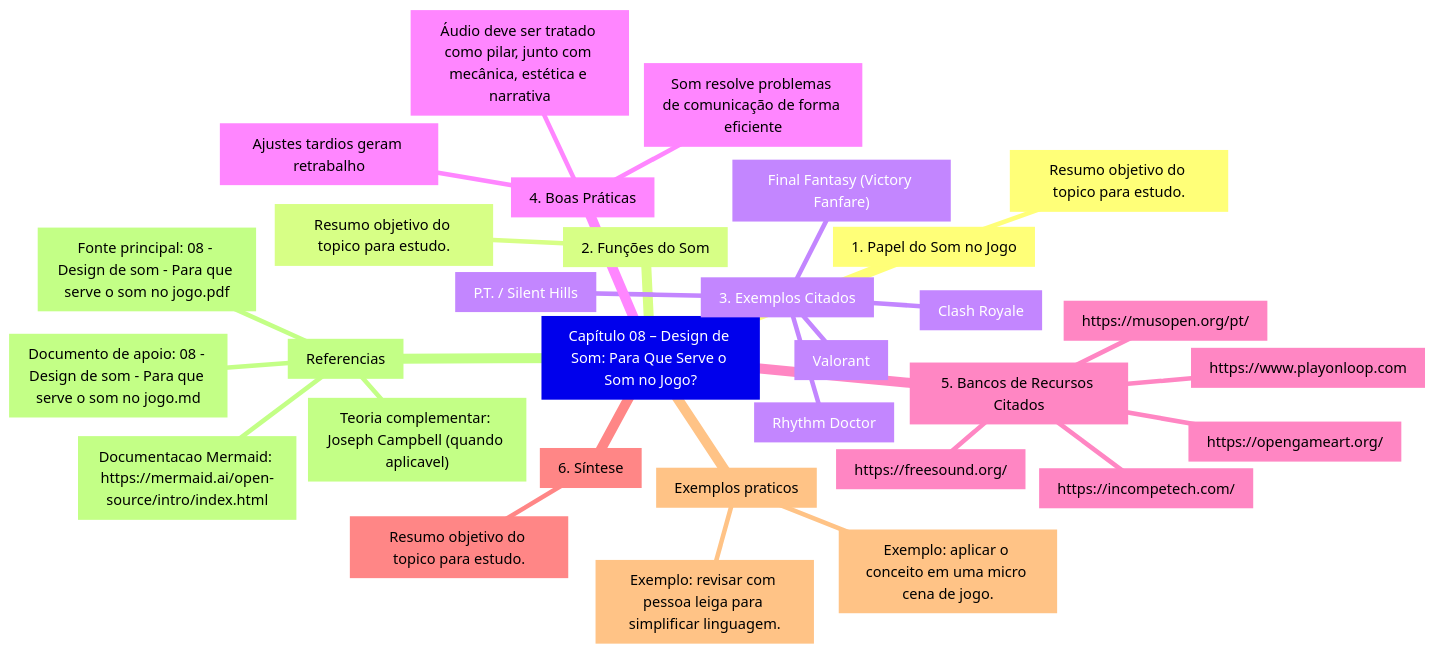
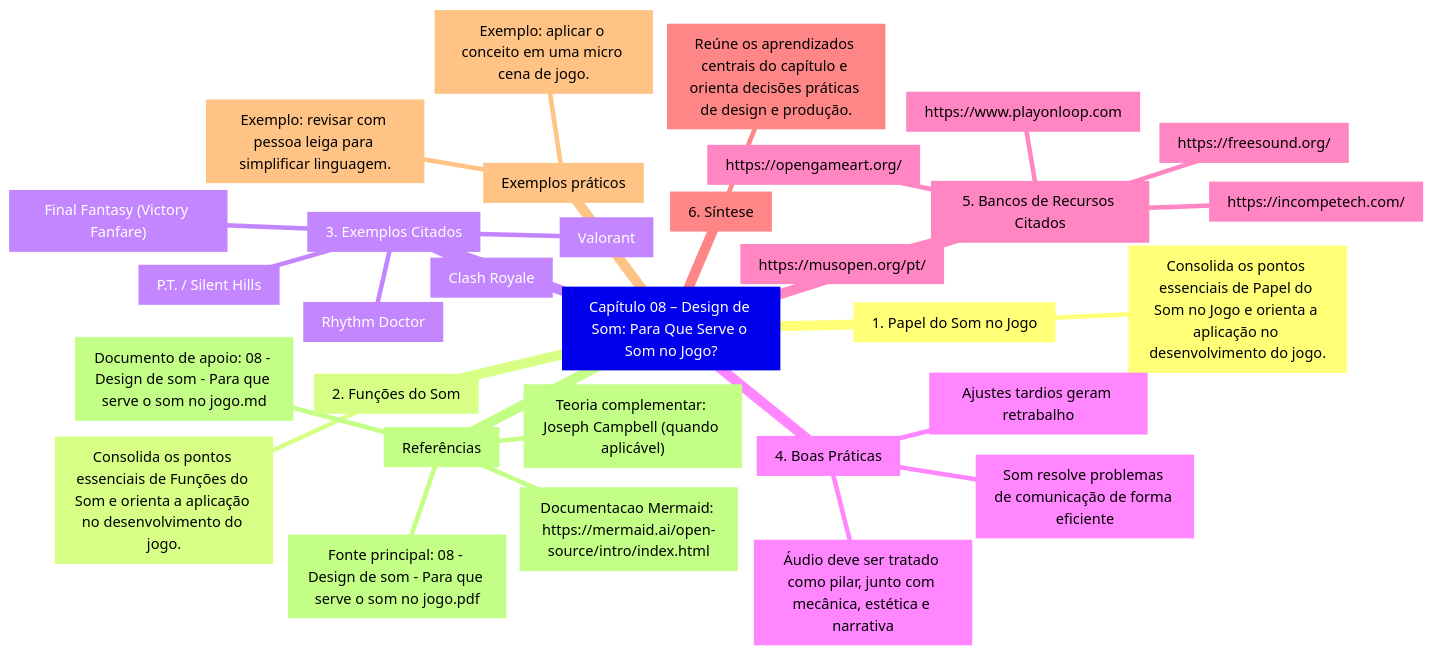
One commit to HillGnur/gdv-estudos changed the diagram in FASE02/08 - Design de som - Para que serve o som no jogo.mmd. Above: the diagram before and after it, drawn with Mermaid. The commit also changed other lines of this file and 25 other files, not shown here.

```diff
--- a/FASE02/08 - Design de som - Para que serve o som no jogo.mmd
+++ b/FASE02/08 - Design de som - Para que serve o som no jogo.mmd
@@ -1,32 +1,32 @@
 mindmap
   root["Capítulo 08 – Design de Som: Para Que Serve o Som no Jogo?"]
     s1["1. Papel do Som no Jogo"]
-      s1_1["Resumo objetivo do topico para estudo."]
+      s1_1["Consolida os pontos essenciais de Papel do Som no Jogo e orienta a aplicação no desenvolvimento do jogo."]
     s2["2. Funções do Som"]
-      s2_1["Resumo objetivo do topico para estudo."]
+      s2_1["Consolida os pontos essenciais de Funções do Som e orienta a aplicação no desenvolvimento do jogo."]
     s3["3. Exemplos Citados"]
       s3_1["Clash Royale"]
       s3_2["Final Fantasy (Victory Fanfare)"]
       s3_3["Rhythm Doctor"]
       s3_4["Valorant"]
       s3_5["P.T. / Silent Hills"]
     s4["4. Boas Práticas"]
       s4_1["Som resolve problemas de comunicação de forma eficiente"]
       s4_2["Ajustes tardios geram retrabalho"]
       s4_3["Áudio deve ser tratado como pilar, junto com mecânica, estética e narrativa"]
     s5["5. Bancos de Recursos Citados"]
       s5_1["https://freesound.org/"]
       s5_2["https://www.playonloop.com"]
       s5_3["https://incompetech.com/"]
       s5_4["https://opengameart.org/"]
       s5_5["https://musopen.org/pt/"]
     s6["6. Síntese"]
-      s6_1["Resumo objetivo do topico para estudo."]
-    exemplos["Exemplos praticos"]
+      s6_1["Reúne os aprendizados centrais do capítulo e orienta decisões práticas de design e produção."]
+    exemplos["Exemplos práticos"]
       ex1["Exemplo: aplicar o conceito em uma micro cena de jogo."]
       ex2["Exemplo: revisar com pessoa leiga para simplificar linguagem."]
-    refs["Referencias"]
+    refs["Referências"]
       ref1["Fonte principal: 08 - Design de som - Para que serve o som no jogo.pdf"]
       ref2["Documento de apoio: 08 - Design de som - Para que serve o som no jogo.md"]
-      ref3["Teoria complementar: Joseph Campbell (quando aplicavel)"]
+      ref3["Teoria complementar: Joseph Campbell (quando aplicável)"]
       ref4["Documentacao Mermaid: https://mermaid.ai/open-source/intro/index.html"]
```
